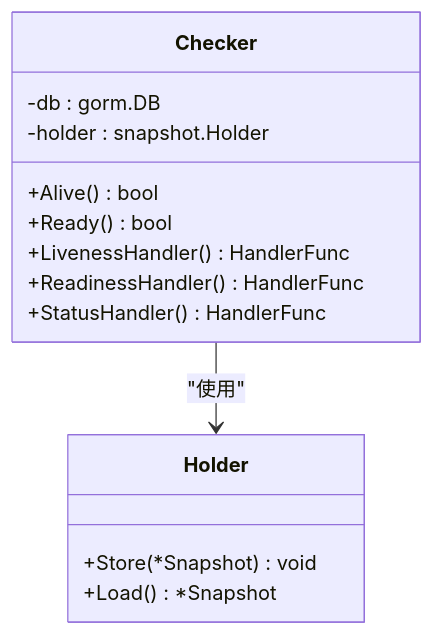
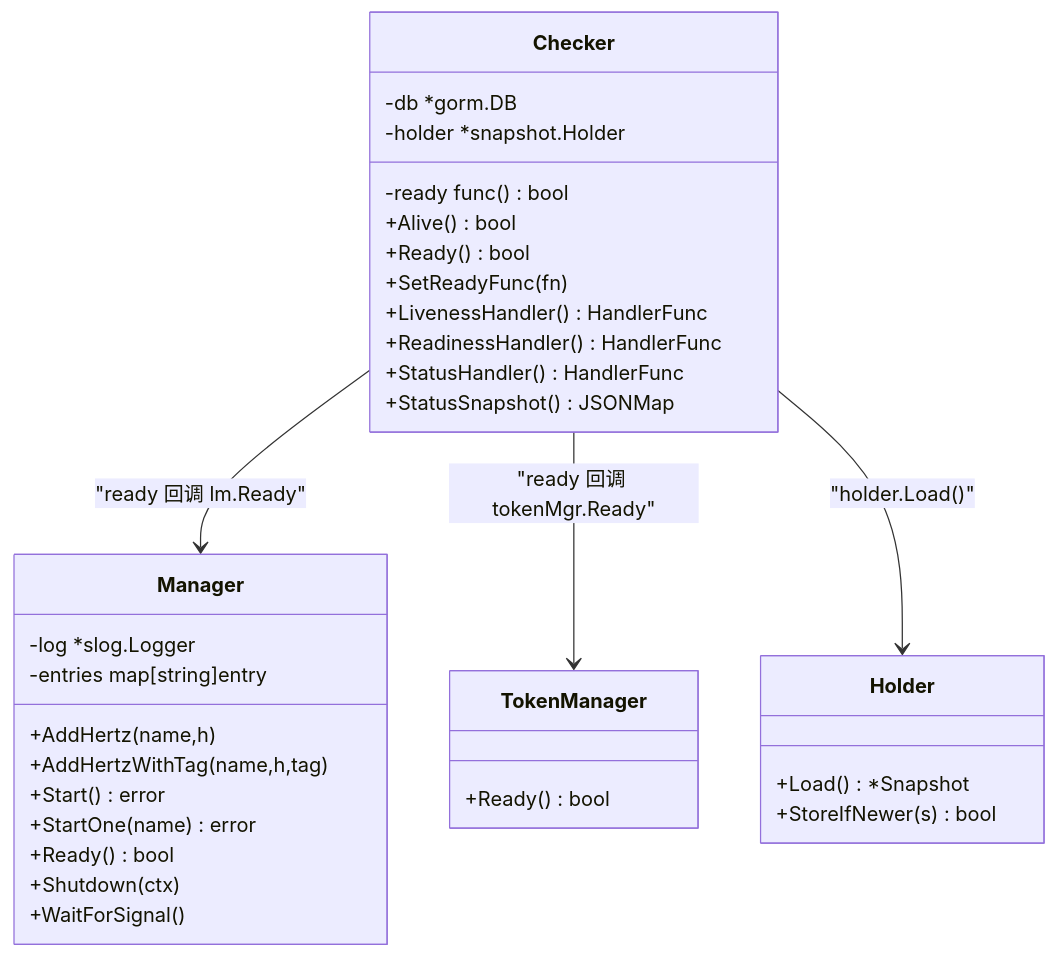
Before and after one commit to x01n/My-OpenWaf: the second of 6 diagrams in docs/监控与可观测性/健康检查机制.md, drawn with Mermaid. The commit also changed other lines of this file and 622 other files, not shown here.

````diff
--- a/docs/监控与可观测性/健康检查机制.md
+++ b/docs/监控与可观测性/健康检查机制.md
@@ -155,17 +84,36 @@
 ```mermaid
 classDiagram
 class Checker {
--db : gorm.DB
--holder : snapshot.Holder
+-db *gorm.DB
+-holder *snapshot.Holder
+-ready func() bool
 +Alive() bool
 +Ready() bool
++SetReadyFunc(fn)
 +LivenessHandler() HandlerFunc
 +ReadinessHandler() HandlerFunc
 +StatusHandler() HandlerFunc
++StatusSnapshot() JSONMap
+}
+class Manager {
+-log *slog.Logger
+-entries map[string]entry
++AddHertz(name,h)
++AddHertzWithTag(name,h,tag)
++Start() error
++StartOne(name) error
++Ready() bool
++Shutdown(ctx)
++WaitForSignal()
+}
+class TokenManager {
++Ready() bool
 }
 class Holder {
-+Store(*Snapshot) void
 +Load() *Snapshot
++StoreIfNewer(s) bool
 }
-Checker --> Holder : "使用"
+Checker --> Manager : "ready 回调 lm.Ready"
+Checker --> TokenManager : "ready 回调 tokenMgr.Ready"
+Checker --> Holder : "holder.Load()"
 ```
````
